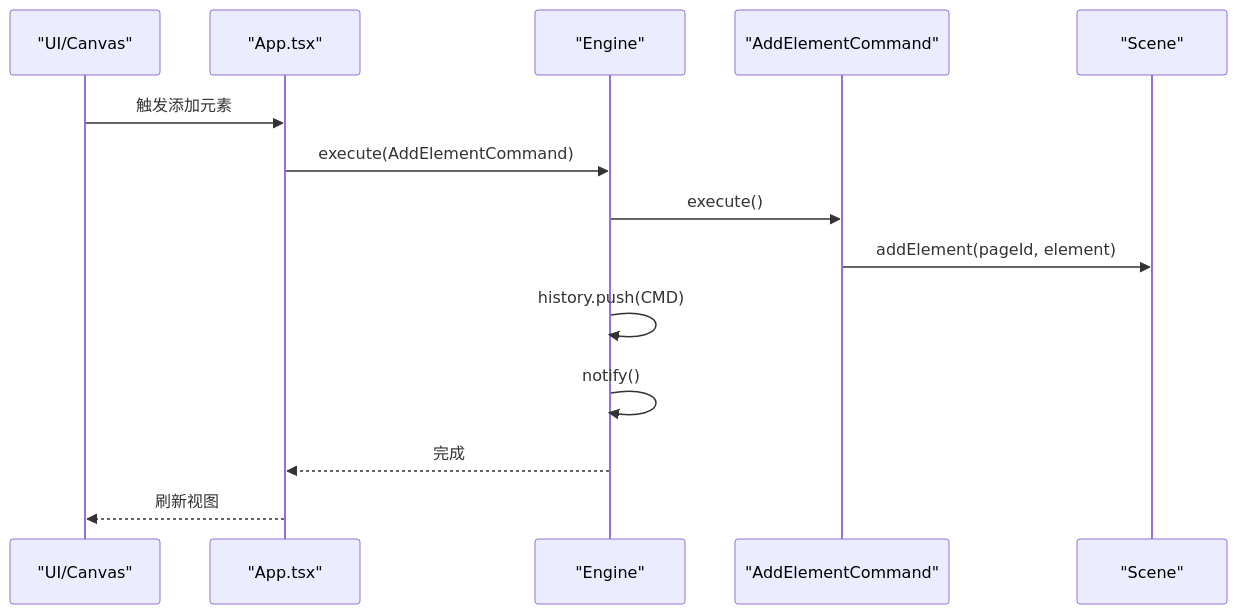
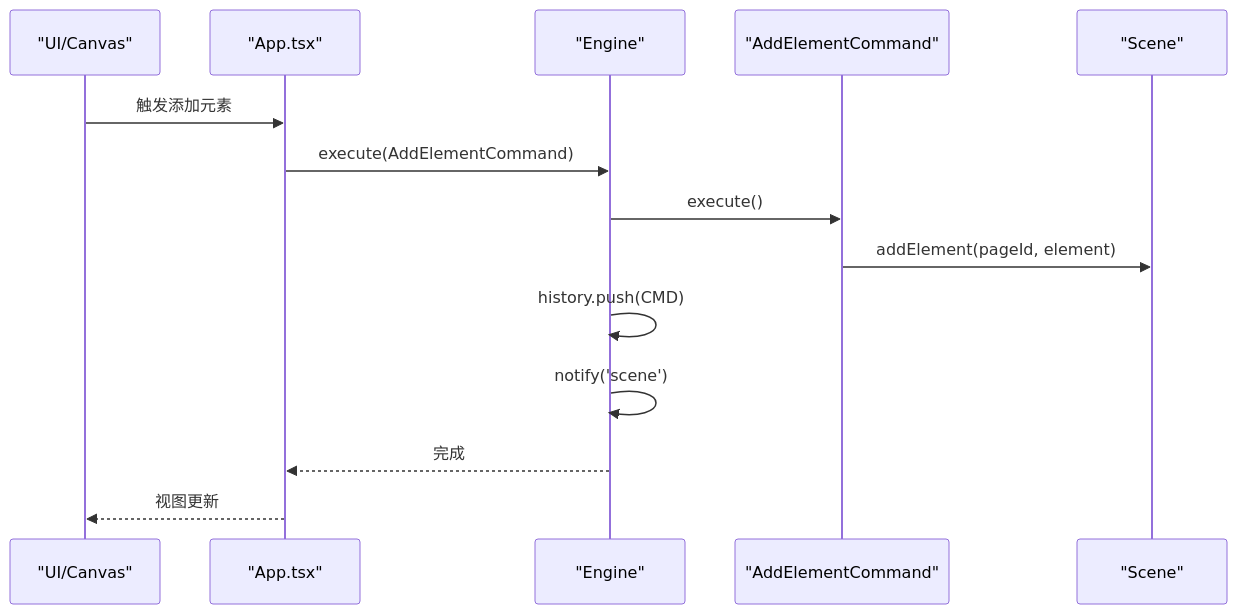
Before and after one commit to Anna0314zy/ai_editor_enginer: the eighth of 14 diagrams in .qoder/repowiki/zh/content/核心架构/核心架构.md, drawn with Mermaid. The commit also changed other lines of this file and 17 other files, not shown here.

````diff
--- a/.qoder/repowiki/zh/content/核心架构/核心架构.md
+++ b/.qoder/repowiki/zh/content/核心架构/核心架构.md
@@ -358,16 +604,16 @@
 ```mermaid
 sequenceDiagram
 participant UI as "UI/Canvas"
 participant APP as "App.tsx"
 participant ENG as "Engine"
 participant CMD as "AddElementCommand"
 participant SCN as "Scene"
 UI->>APP : 触发添加元素
 APP->>ENG : execute(AddElementCommand)
 ENG->>CMD : execute()
 CMD->>SCN : addElement(pageId, element)
 ENG->>ENG : history.push(CMD)
-ENG->>ENG : notify()
+ENG->>ENG : notify('scene')
 ENG-->>APP : 完成
-APP-->>UI : 刷新视图
+APP-->>UI : 视图更新
 ```
````
